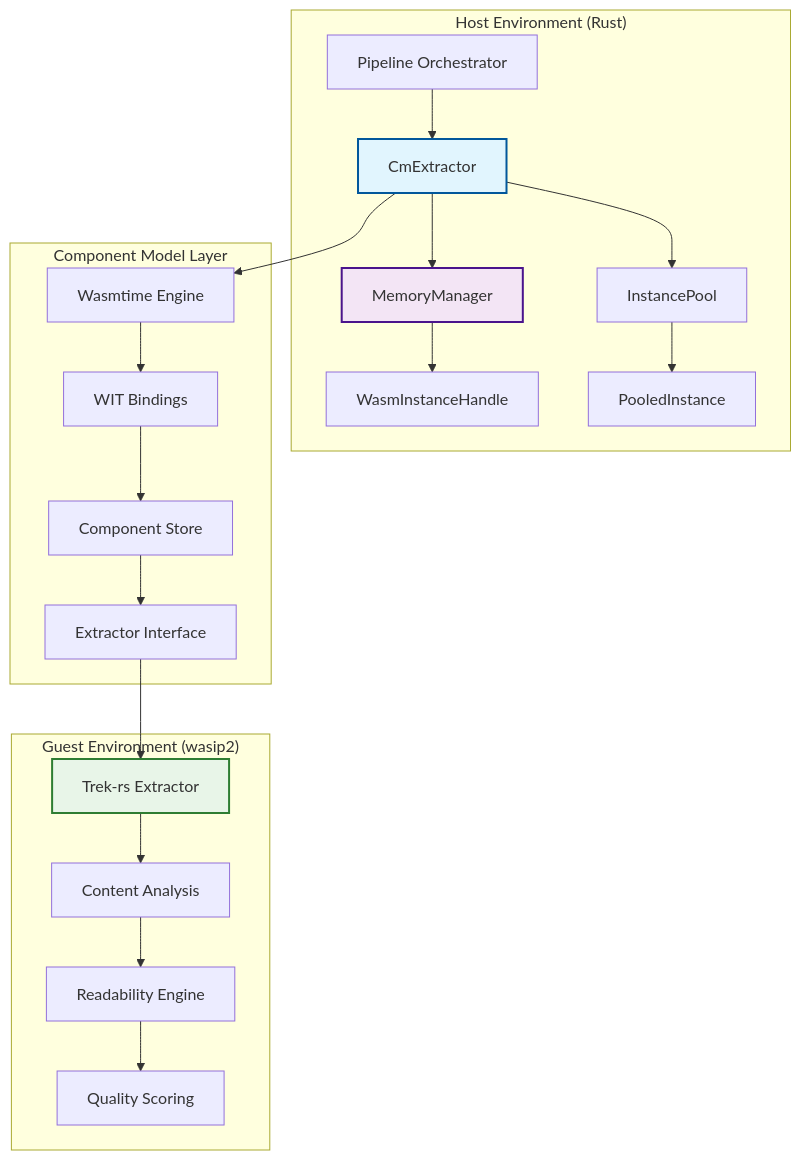
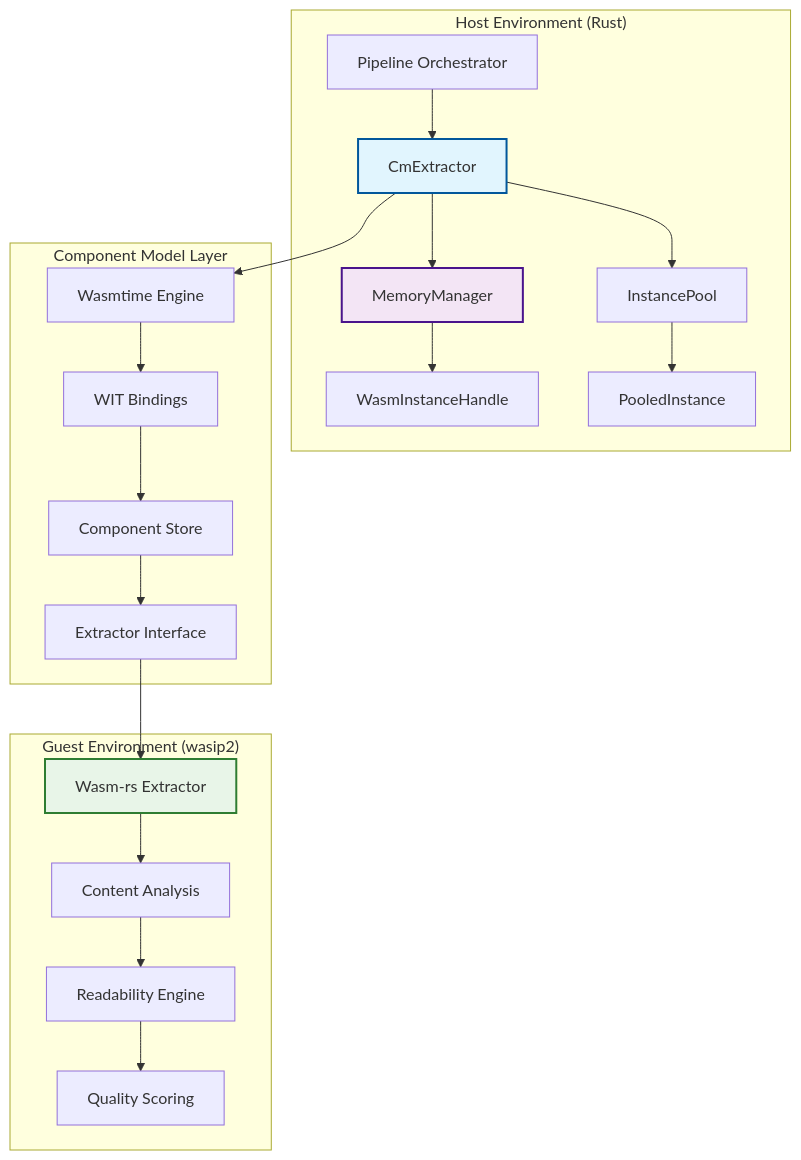
One commit to foofork/riptidecrawler changed the diagram in docs/architecture/WASM_GUIDE.md. Above: the diagram before and after it, drawn with Mermaid. The commit also changed other lines of this file and 219 other files, not shown here.

First line of the commit message:
refactor: complete removal of trek references, migrate to wasm terminology

````diff
--- a/docs/architecture/WASM_GUIDE.md
+++ b/docs/architecture/WASM_GUIDE.md
@@ -33,29 +33,29 @@
 ```mermaid
 graph TB
     subgraph "Host Environment (Rust)"
         A[Pipeline Orchestrator] --> B[CmExtractor]
         B --> C[MemoryManager]
         B --> D[InstancePool]
         C --> E[WasmInstanceHandle]
         D --> F[PooledInstance]
     end
 
     subgraph "Component Model Layer"
         G[Wasmtime Engine] --> H[WIT Bindings]
         H --> I[Component Store]
         I --> J[Extractor Interface]
     end
 
     subgraph "Guest Environment (wasip2)"
-        K[Trek-rs Extractor] --> L[Content Analysis]
+        K[Wasm-rs Extractor] --> L[Content Analysis]
         L --> M[Readability Engine]
         M --> N[Quality Scoring]
     end
 
     B --> G
     J --> K
 
     style B fill:#e1f5fe,stroke:#01579b,stroke-width:2px
     style C fill:#f3e5f5,stroke:#4a148c,stroke-width:2px
     style K fill:#e8f5e8,stroke:#2e7d32,stroke-width:2px
 ```
````
